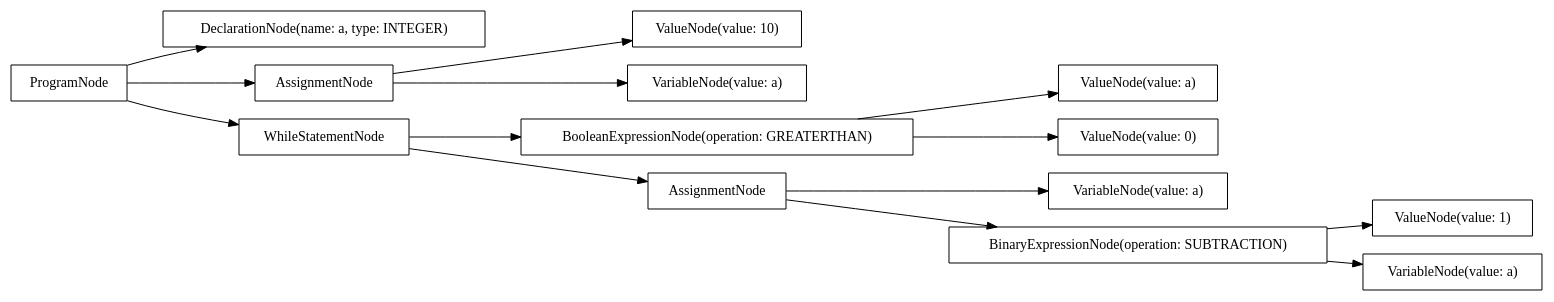
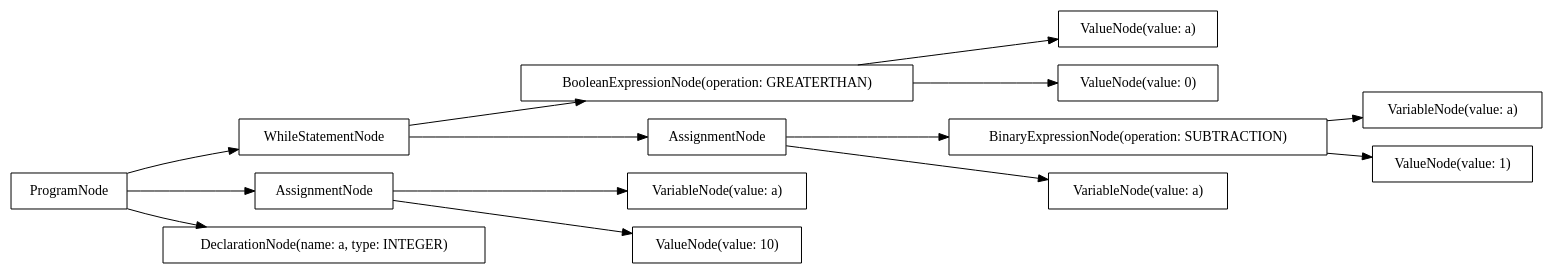
One commit to AtLeastITry/ANTLR-Python-Compiler changed the diagram in src/output/dot/example-while.dot. Above: the diagram before and after it, drawn with Graphviz. The commit also changed 6 other files, not shown here.

```diff
--- a/src/output/dot/example-while.dot
+++ b/src/output/dot/example-while.dot
@@ -1,30 +1,30 @@
 digraph G {
 rankdir=LR
-"deda978a-e2b1-4f68-a858-cb941ada3b9f" [label="ValueNode(value: a)" shape="box"];
-"c0256c26-86c1-439f-a8a8-a03b8f13639c" [label="BooleanExpressionNode(operation: GREATERTHAN)" shape="box"];
-"c9131e06-518f-47be-ac2d-5d7a3bd90048" [label="DeclarationNode(name: a, type: INTEGER)" shape="box"];
-"8bd992ac-73c3-4830-b9f0-f599caee3be2" [label="VariableNode(value: a)" shape="box"];
-"844c0a2c-418b-4f1a-9b9c-a701b10f86a7" [label="ValueNode(value: 0)" shape="box"];
-"9e5995d0-45c6-4099-bd2a-cf9ab7b19391" [label="BinaryExpressionNode(operation: SUBTRACTION)" shape="box"];
-"880f1abe-4e32-412b-9004-b9237002761e" [label="AssignmentNode" shape="box"];
-"474f8c9d-fa60-4102-8172-4eec5c0bbb90" [label="ValueNode(value: 10)" shape="box"];
-"3cb251e8-384f-44ec-8de3-36766ae4fb5f" [label="ProgramNode" shape="box"];
-"1a41a0b6-b160-4325-870a-a9ee29b5bc1a" [label="AssignmentNode" shape="box"];
-"e501da03-2d4f-48f9-99e7-9ea8db29fe88" [label="VariableNode(value: a)" shape="box"];
-"5c49c42d-9053-4595-b5fa-37b6d14378b6" [label="ValueNode(value: 1)" shape="box"];
-"87b87ea6-7275-4de9-a081-d5bc8f556b76" [label="WhileStatementNode" shape="box"];
-"64b508b2-da96-4ce3-be03-054aafb79cf2" [label="VariableNode(value: a)" shape="box"];
-"3cb251e8-384f-44ec-8de3-36766ae4fb5f" -> "c9131e06-518f-47be-ac2d-5d7a3bd90048";
-"3cb251e8-384f-44ec-8de3-36766ae4fb5f" -> "880f1abe-4e32-412b-9004-b9237002761e";
-"880f1abe-4e32-412b-9004-b9237002761e" -> "e501da03-2d4f-48f9-99e7-9ea8db29fe88";
-"880f1abe-4e32-412b-9004-b9237002761e" -> "474f8c9d-fa60-4102-8172-4eec5c0bbb90";
-"3cb251e8-384f-44ec-8de3-36766ae4fb5f" -> "87b87ea6-7275-4de9-a081-d5bc8f556b76";
-"87b87ea6-7275-4de9-a081-d5bc8f556b76" -> "c0256c26-86c1-439f-a8a8-a03b8f13639c";
-"c0256c26-86c1-439f-a8a8-a03b8f13639c" -> "deda978a-e2b1-4f68-a858-cb941ada3b9f";
-"c0256c26-86c1-439f-a8a8-a03b8f13639c" -> "844c0a2c-418b-4f1a-9b9c-a701b10f86a7";
-"87b87ea6-7275-4de9-a081-d5bc8f556b76" -> "1a41a0b6-b160-4325-870a-a9ee29b5bc1a";
-"1a41a0b6-b160-4325-870a-a9ee29b5bc1a" -> "8bd992ac-73c3-4830-b9f0-f599caee3be2";
-"1a41a0b6-b160-4325-870a-a9ee29b5bc1a" -> "9e5995d0-45c6-4099-bd2a-cf9ab7b19391";
-"9e5995d0-45c6-4099-bd2a-cf9ab7b19391" -> "64b508b2-da96-4ce3-be03-054aafb79cf2";
-"9e5995d0-45c6-4099-bd2a-cf9ab7b19391" -> "5c49c42d-9053-4595-b5fa-37b6d14378b6";
+"6666116e-3b81-4447-89fa-973c9e203f29" [label="BooleanExpressionNode(operation: GREATERTHAN)" shape="box"];
+"6128ea76-4e2a-443c-8f13-30d3fd3d6cb7" [label="WhileStatementNode" shape="box"];
+"fe1895b8-2675-4095-ad65-08bc1fca9b30" [label="AssignmentNode" shape="box"];
+"30d4b89a-0f05-486e-a2a3-6319a92be6b0" [label="ProgramNode" shape="box"];
+"7390b38a-9571-4118-b64b-030083e78357" [label="VariableNode(value: a)" shape="box"];
+"cdf98377-9c0c-4677-9a7d-668a2af34c9f" [label="DeclarationNode(name: a, type: INTEGER)" shape="box"];
+"9481b773-dc23-401c-b2b4-9afb870fd418" [label="VariableNode(value: a)" shape="box"];
+"70b68e71-a7d0-4120-a902-b5973ab88a4f" [label="BinaryExpressionNode(operation: SUBTRACTION)" shape="box"];
+"b37a88ed-eb16-4f24-a805-854d5f3b33c0" [label="ValueNode(value: a)" shape="box"];
+"e2f21e54-ae97-4b5d-bd8c-79f5f49e051d" [label="VariableNode(value: a)" shape="box"];
+"850be130-5e6d-4b47-b315-b9c52a40afd9" [label="ValueNode(value: 1)" shape="box"];
+"142bd3a3-1dbc-46a3-95ad-278d0cced3a2" [label="ValueNode(value: 10)" shape="box"];
+"28569fba-3735-4abb-b2e3-3d5fa088d0aa" [label="ValueNode(value: 0)" shape="box"];
+"b2e0d21e-de06-409d-ab6e-1ed22a423f87" [label="AssignmentNode" shape="box"];
+"30d4b89a-0f05-486e-a2a3-6319a92be6b0" -> "cdf98377-9c0c-4677-9a7d-668a2af34c9f";
+"30d4b89a-0f05-486e-a2a3-6319a92be6b0" -> "fe1895b8-2675-4095-ad65-08bc1fca9b30";
+"fe1895b8-2675-4095-ad65-08bc1fca9b30" -> "9481b773-dc23-401c-b2b4-9afb870fd418";
+"fe1895b8-2675-4095-ad65-08bc1fca9b30" -> "142bd3a3-1dbc-46a3-95ad-278d0cced3a2";
+"30d4b89a-0f05-486e-a2a3-6319a92be6b0" -> "6128ea76-4e2a-443c-8f13-30d3fd3d6cb7";
+"6128ea76-4e2a-443c-8f13-30d3fd3d6cb7" -> "6666116e-3b81-4447-89fa-973c9e203f29";
+"6666116e-3b81-4447-89fa-973c9e203f29" -> "b37a88ed-eb16-4f24-a805-854d5f3b33c0";
+"6666116e-3b81-4447-89fa-973c9e203f29" -> "28569fba-3735-4abb-b2e3-3d5fa088d0aa";
+"6128ea76-4e2a-443c-8f13-30d3fd3d6cb7" -> "b2e0d21e-de06-409d-ab6e-1ed22a423f87";
+"b2e0d21e-de06-409d-ab6e-1ed22a423f87" -> "e2f21e54-ae97-4b5d-bd8c-79f5f49e051d";
+"b2e0d21e-de06-409d-ab6e-1ed22a423f87" -> "70b68e71-a7d0-4120-a902-b5973ab88a4f";
+"70b68e71-a7d0-4120-a902-b5973ab88a4f" -> "7390b38a-9571-4118-b64b-030083e78357";
+"70b68e71-a7d0-4120-a902-b5973ab88a4f" -> "850be130-5e6d-4b47-b315-b9c52a40afd9";
 }
```
